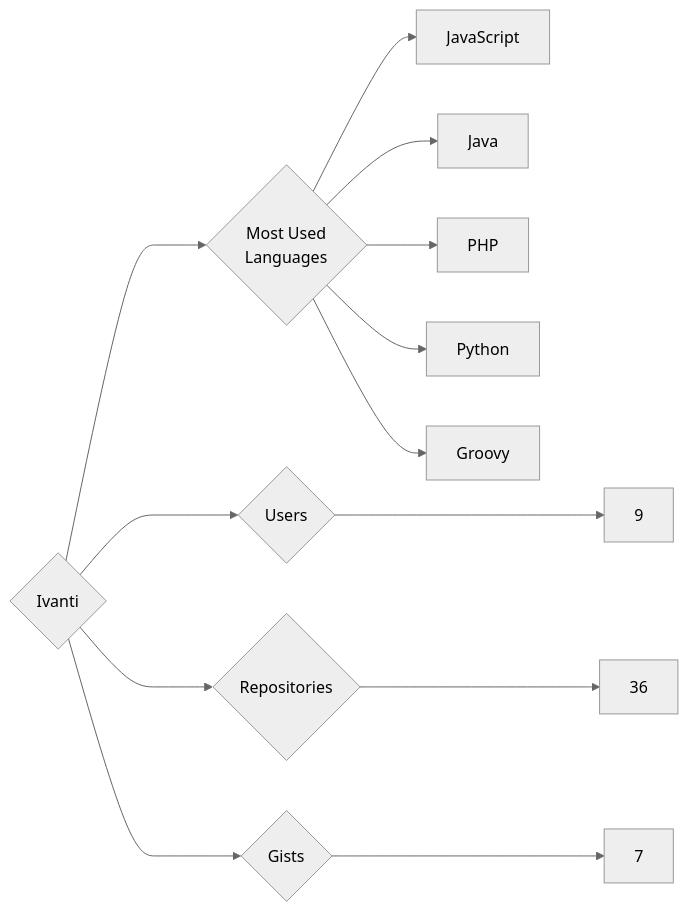
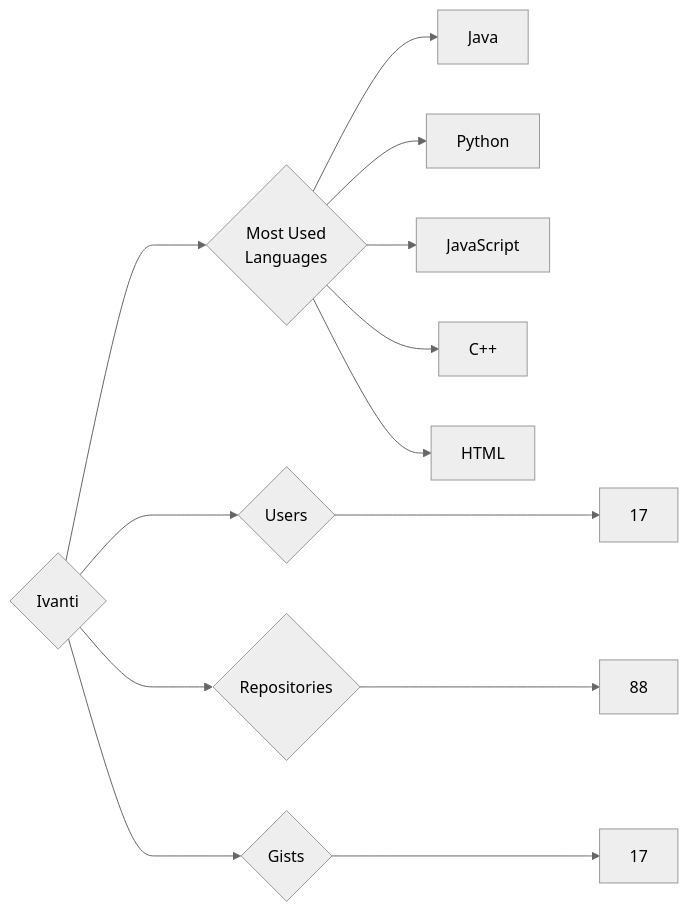
One commit to trickest/insiders changed the diagram in targets/Ivanti/README.md. Above: the diagram before and after it, drawn with Mermaid (neutral theme). The commit also changed 900 other files, not shown here.

````diff
--- a/targets/Ivanti/README.md
+++ b/targets/Ivanti/README.md
@@ -3,13 +3,13 @@
 ```mermaid
 graph LR
 COMPANY_NAME{Ivanti}
-COMPANY_NAME ---> U{Users} ---> UN[9]
-COMPANY_NAME ---> R{Repositories} ---> RN[36]
-COMPANY_NAME ---> G{Gists} ---> GN[7]
+COMPANY_NAME ---> U{Users} ---> UN[17]
+COMPANY_NAME ---> R{Repositories} ---> RN[88]
+COMPANY_NAME ---> G{Gists} ---> GN[17]
 COMPANY_NAME ---> ML{Most Used<br>Languages}
+ML --> Java[Java]
+ML --> Python[Python]
 ML --> JavaScript[JavaScript]
-ML --> Java[Java]
-ML --> PHP[PHP]
-ML --> Python[Python]
-ML --> Groovy[Groovy]
+ML --> C++[C++]
+ML --> HTML[HTML]
 ```
````
